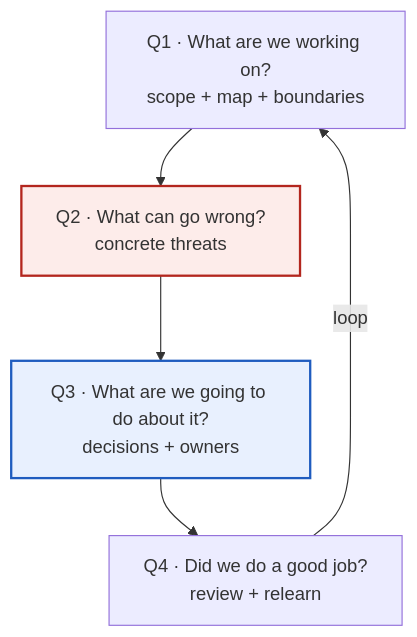
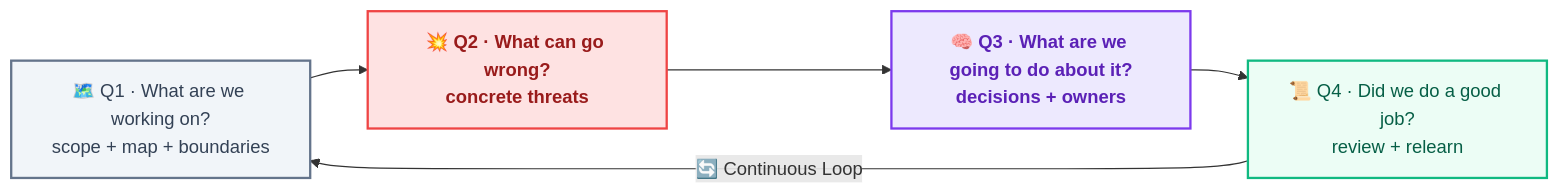
The diagram in training/diagrams/four-questions.mmd (kamaldhingra1/ase-explorer-app), drawn with Mermaid before and after one commit. The commit also changed 3 other files, not shown here.

```diff
--- a/training/diagrams/four-questions.mmd
+++ b/training/diagrams/four-questions.mmd
@@ -1,9 +1,20 @@
-flowchart TB
-  Q1["Q1 · What are we working on?<br/>scope + map + boundaries"]
-  Q2["Q2 · What can go wrong?<br/>concrete threats"]
-  Q3["Q3 · What are we going to do about it?<br/>decisions + owners"]
-  Q4["Q4 · Did we do a good job?<br/>review + relearn"]
-  Q1 --> Q2 --> Q3 --> Q4
-  Q4 -->|"loop"| Q1
-  style Q2 fill:#fdecea,stroke:#b3261e,stroke-width:2px
-  style Q3 fill:#e8f0fe,stroke:#1f5cbf,stroke-width:2px
+flowchart LR
+    %% --- CLASS DEFINITIONS ---
+    classDef scope fill:#F1F5F9,stroke:#64748B,stroke-width:2px,color:#334155;
+    classDef threat fill:#FEE2E2,stroke:#EF4444,stroke-width:2px,color:#991B1B,font-weight:bold;
+    classDef decision fill:#EDE9FE,stroke:#7C3AED,stroke-width:2px,color:#5B21B6,font-weight:bold;
+    classDef review fill:#ECFDF5,stroke:#10B981,stroke-width:2px,color:#065F46;
+
+    %% --- NODES & COMPONENTS ---
+    Q1["🗺️ Q1 · What are we working on?<br/>scope + map + boundaries"]
+    Q2["💥 Q2 · What can go wrong?<br/>concrete threats"]
+    Q3["🧠 Q3 · What are we going to do about it?<br/>decisions + owners"]
+    Q4["📜 Q4 · Did we do a good job?<br/>review + relearn"]
+
+    class Q1 scope; class Q2 threat; class Q3 decision; class Q4 review;
+
+    %% --- FLOW ---
+    Q1 --> Q2
+    Q2 --> Q3
+    Q3 --> Q4
+    Q4 ---->|"🔄 Continuous Loop"| Q1
```
